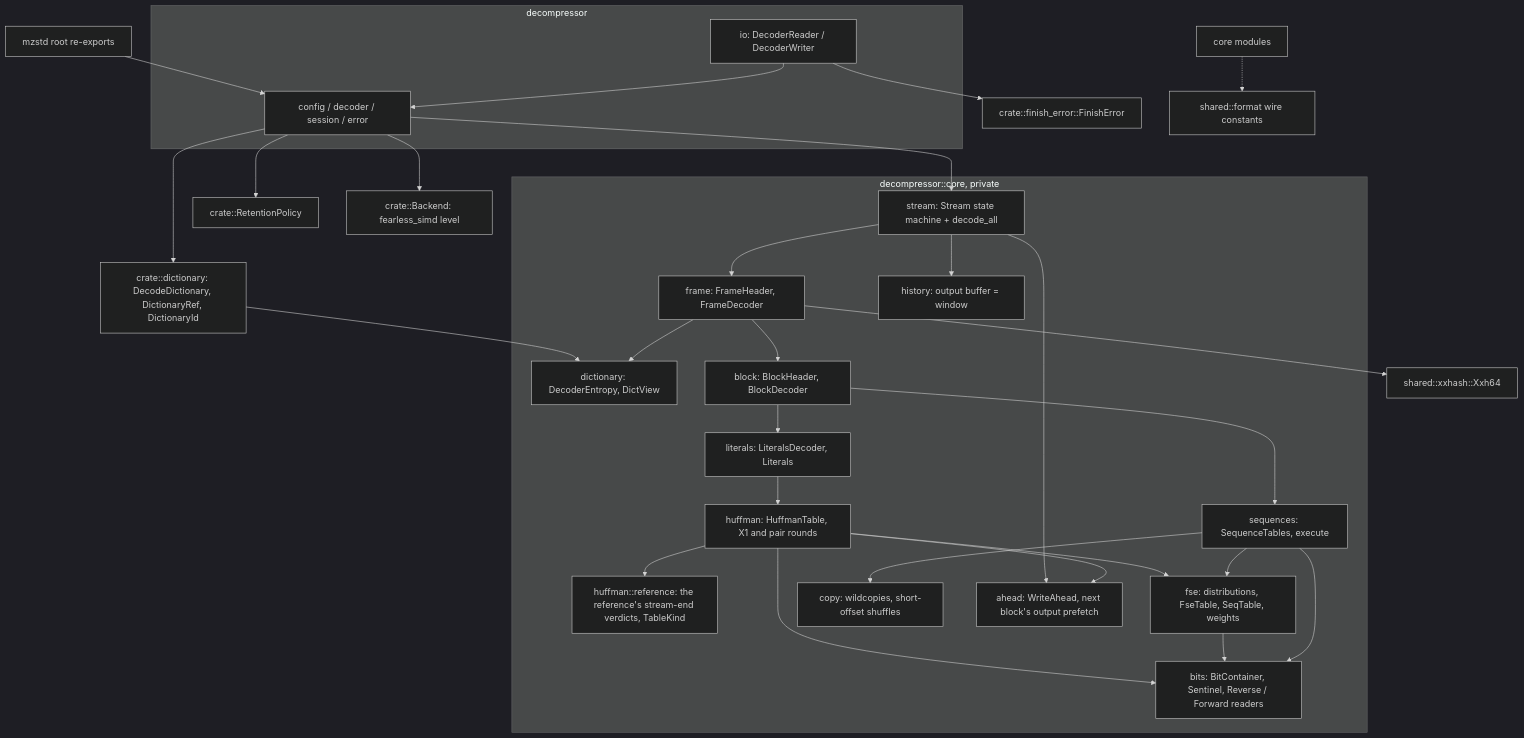
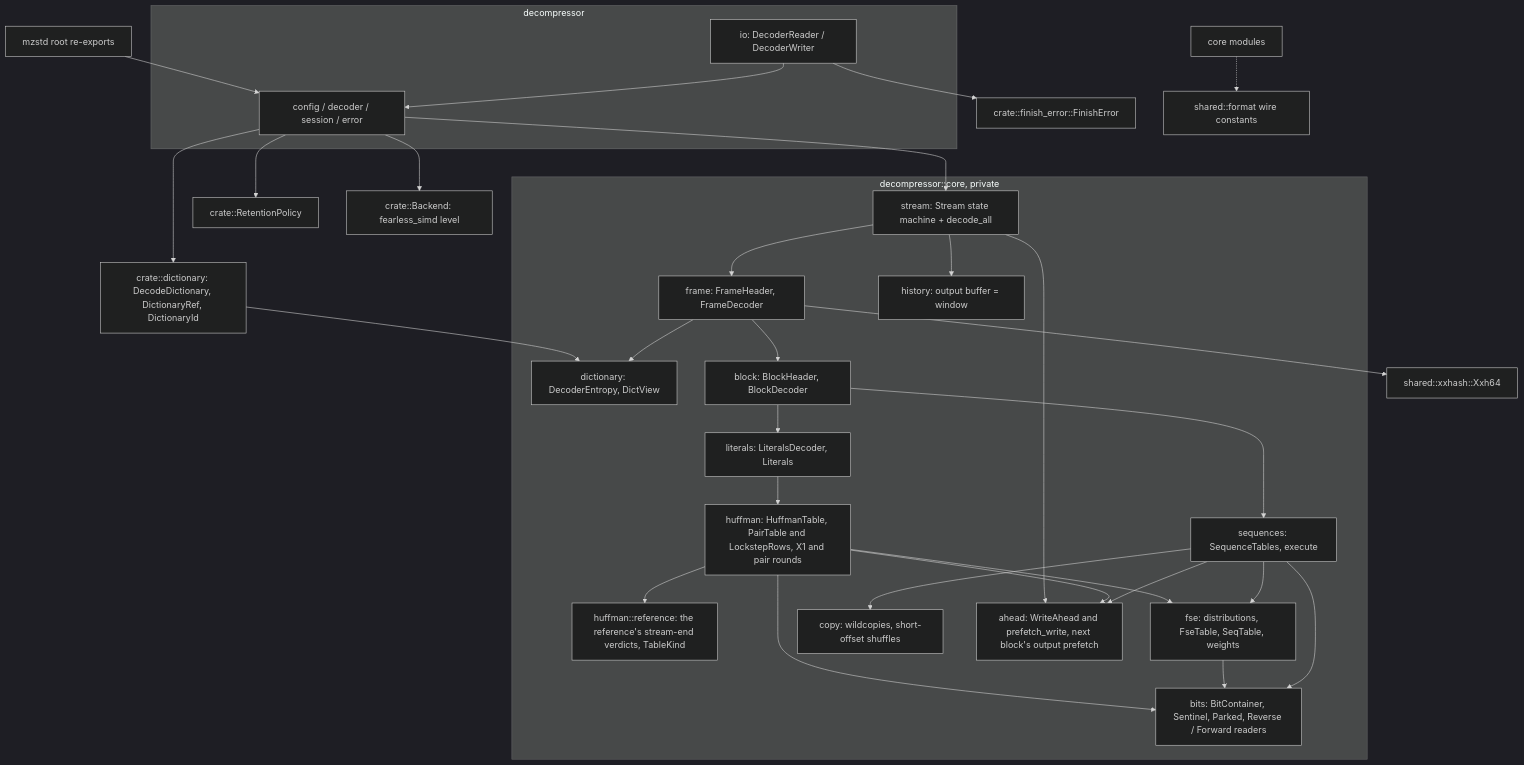
Before and after one commit to M-Compressors/mzstd: the first of 11 diagrams in architecture/decompressor.md, drawn with Mermaid (dark theme). The commit also changed other lines of this file and 336 other files, not shown here.

````diff
--- a/architecture/decompressor.md
+++ b/architecture/decompressor.md
@@ -22,35 +22,36 @@
 ```mermaid
 graph TD
     Lib[mzstd root re-exports] --> API
     subgraph public[decompressor]
         API[config / decoder / session / error]
         IO[io: DecoderReader / DecoderWriter]
     end
     IO --> API
     IO --> Finish[crate::finish_error::FinishError]
     API --> Retention[crate::RetentionPolicy]
     API --> Stream
     API --> Dict["crate::dictionary: DecodeDictionary, DictionaryRef, DictionaryId"]
     Dict --> DCore
     subgraph core[decompressor::core, private]
         Stream[stream: Stream state machine + decode_all] --> Frame[frame: FrameHeader, FrameDecoder]
         Stream --> History[history: output buffer = window]
         Frame --> DCore[dictionary: DecoderEntropy, DictView]
         Frame --> Block[block: BlockHeader, BlockDecoder]
         Block --> Literals[literals: LiteralsDecoder, Literals]
         Block --> Sequences[sequences: SequenceTables, execute]
-        Literals --> Huffman[huffman: HuffmanTable, X1 and pair rounds]
+        Literals --> Huffman[huffman: HuffmanTable, PairTable and LockstepRows, X1 and pair rounds]
         Huffman --> HufRef["huffman::reference: the reference's stream-end verdicts, TableKind"]
         Huffman --> Fse[fse: distributions, FseTable, SeqTable, weights]
         Sequences --> Fse
         Sequences --> Copy[copy: wildcopies, short-offset shuffles]
-        Huffman --> Bits[bits: BitContainer, Sentinel, Reverse / Forward readers]
-        Stream --> Ahead[ahead: WriteAhead, next block's output prefetch]
+        Huffman --> Bits[bits: BitContainer, Sentinel, Parked, Reverse / Forward readers]
+        Stream --> Ahead[ahead: WriteAhead and prefetch_write, next block's output prefetch]
         Huffman --> Ahead
+        Sequences --> Ahead
         Fse --> Bits
         Sequences --> Bits
     end
     API --> Backend[crate::Backend: fearless_simd level]
     Frame --> Xxh[shared::xxhash::Xxh64]
     Core2[core modules] -.-> Format[shared::format wire constants]
 ```
````
